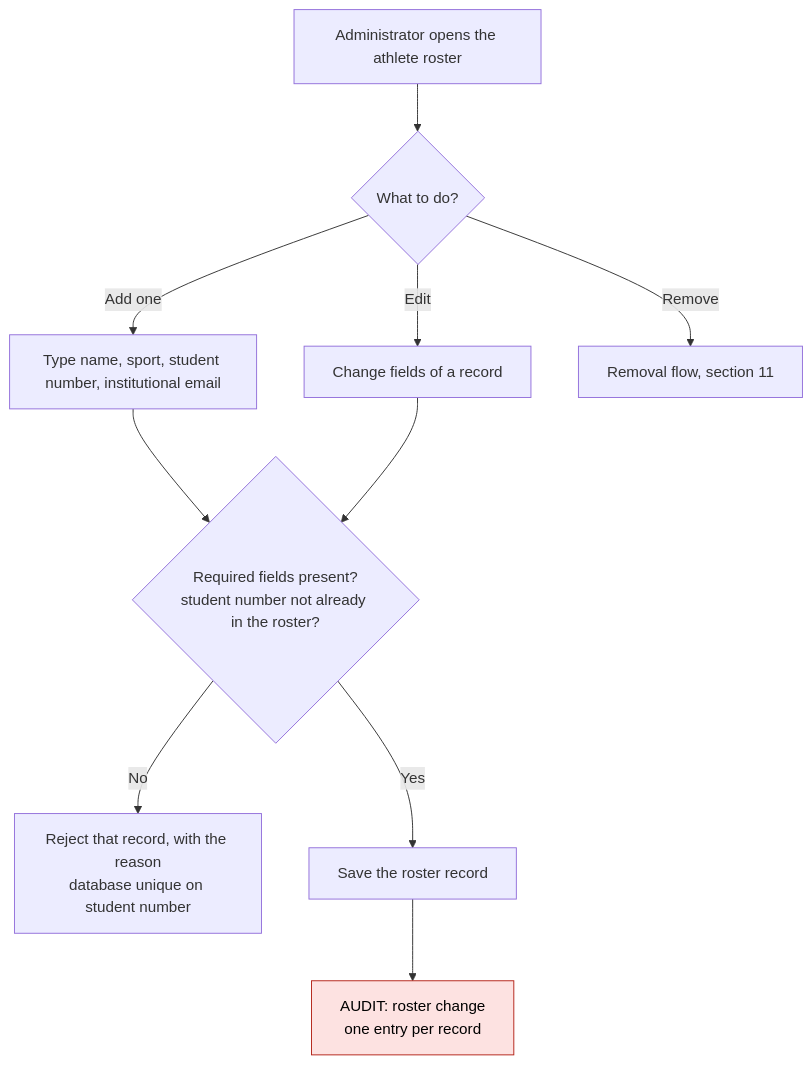
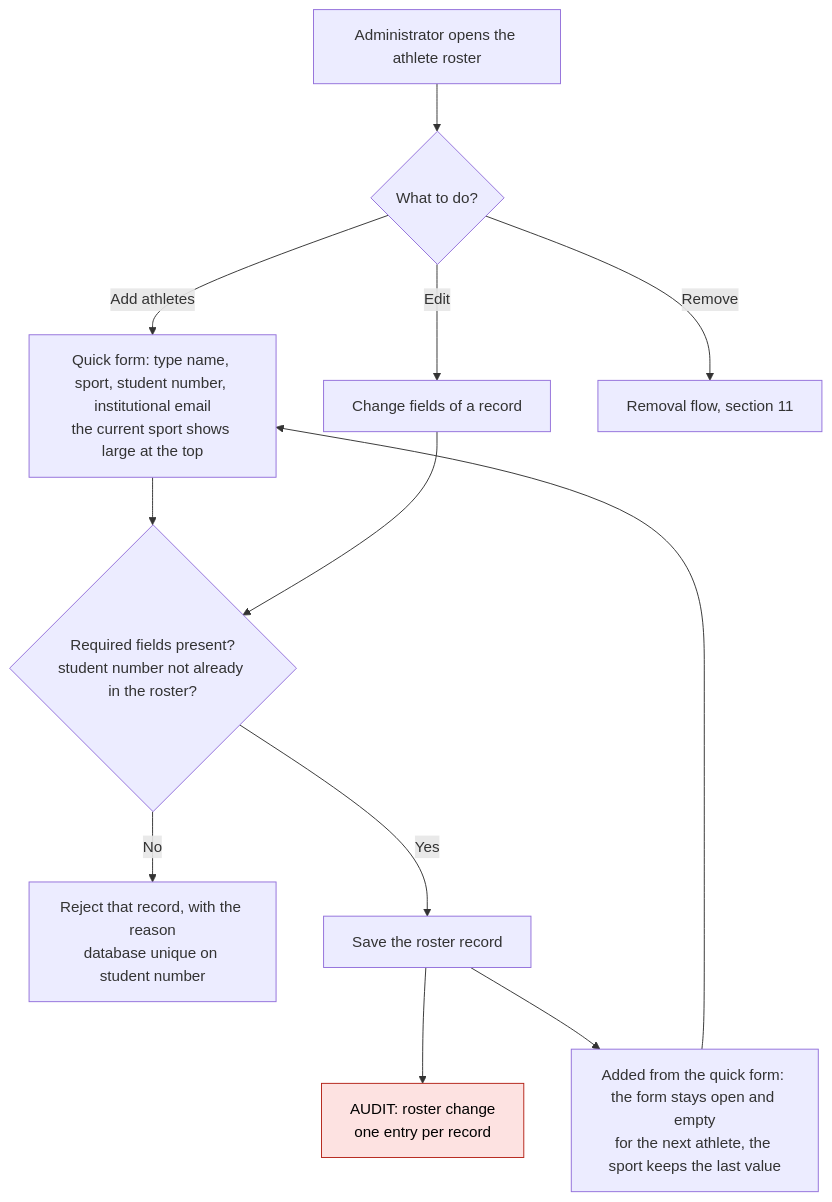
One commit to Th3-Minorities/natatorio-gym-app changed the eighth of 17 diagrams in docs/design/admin-flows.md. Above: the diagram before and after it, drawn with Mermaid. The commit also changed other lines of this file and 12 other files, not shown here.

````diff
--- a/docs/design/admin-flows.md
+++ b/docs/design/admin-flows.md
@@ -235,15 +235,17 @@
 ```mermaid
 flowchart TD
   A0["Administrator opens the athlete roster"] --> A1{"What to do?"}
-  A1 -->|"Add one"| A2["Type name, sport, student number, institutional email"]
+  A1 -->|"Add athletes"| A2["Quick form: type name, sport, student number, institutional email<br/>the current sport shows large at the top"]
   A1 -->|"Edit"| A4["Change fields of a record"]
   A1 -->|"Remove"| A9["Removal flow, section 11"]
   A2 --> V1{"Required fields present?<br/>student number not already in the roster?"}
   A4 --> V1
   V1 -->|"No"| V2["Reject that record, with the reason<br/>database unique on student number"]
   V1 -->|"Yes"| V3["Save the roster record"]
   V3 --> AU["AUDIT: roster change<br/>one entry per record"]
+  V3 --> A3["Added from the quick form: the form stays open and empty<br/>for the next athlete, the sport keeps the last value"]
+  A3 --> A2
 
   classDef audit fill:#fde2e1,stroke:#b42318,color:#000
   class AU audit
 ```
````
